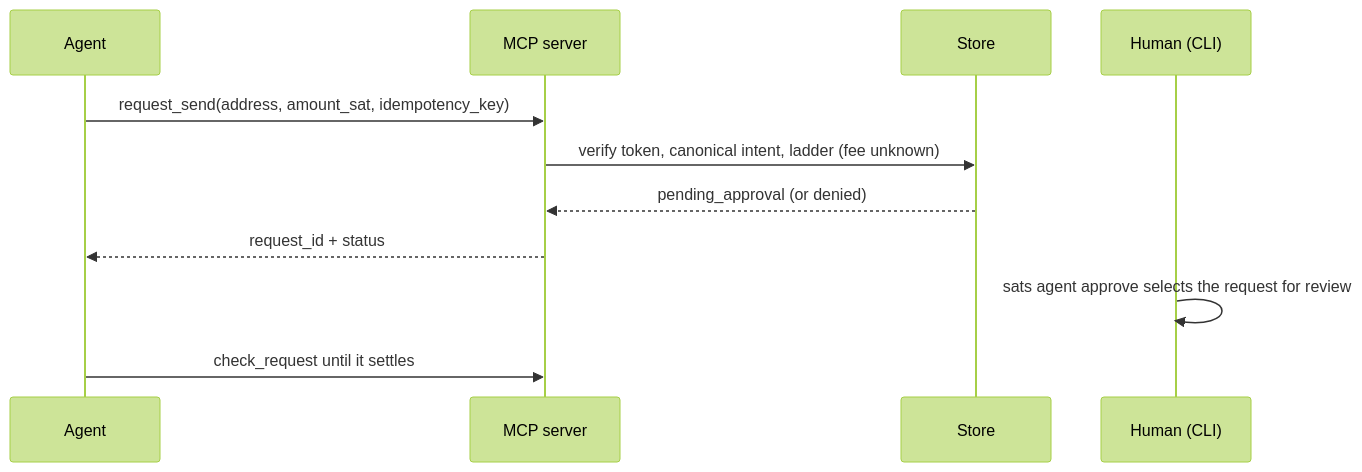
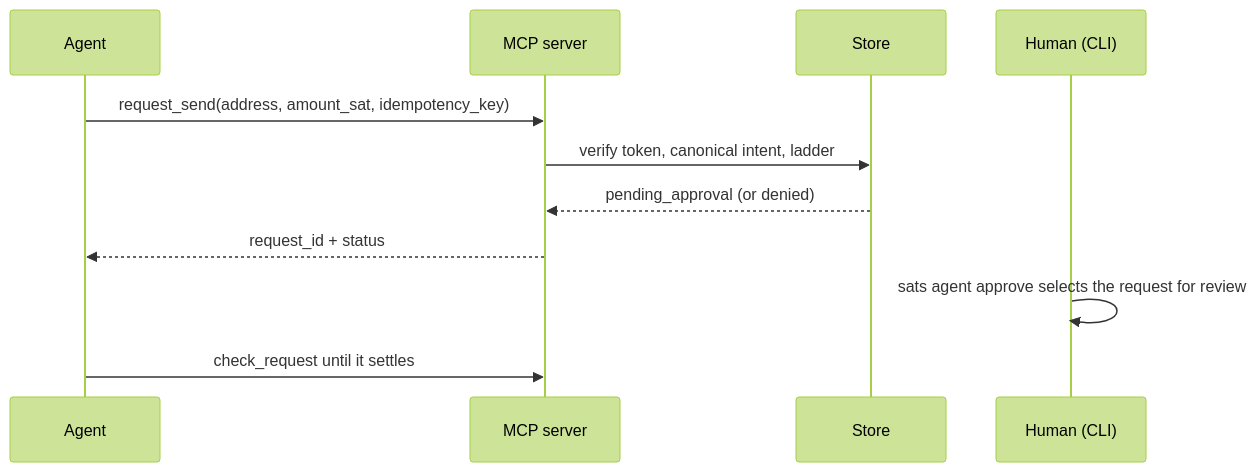
One commit to idemresearch/sats changed the third of 4 diagrams in docs/architecture.md. Above: the diagram before and after it, drawn with Mermaid (forest theme). The commit also changed other lines of this file and 41 other files, not shown here.

````diff
--- a/docs/architecture.md
+++ b/docs/architecture.md
@@ -184,13 +184,13 @@
 ```mermaid
 sequenceDiagram
     participant A as Agent
     participant M as MCP server
     participant S as Store
     participant H as Human (CLI)
     A->>M: request_send(address, amount_sat, idempotency_key)
-    M->>S: verify token, canonical intent, ladder (fee unknown)
+    M->>S: verify token, canonical intent, ladder
     S-->>M: pending_approval (or denied)
     M-->>A: request_id + status
     H->>H: sats agent approve selects the request for review
     A->>M: check_request until it settles
 ```
````
